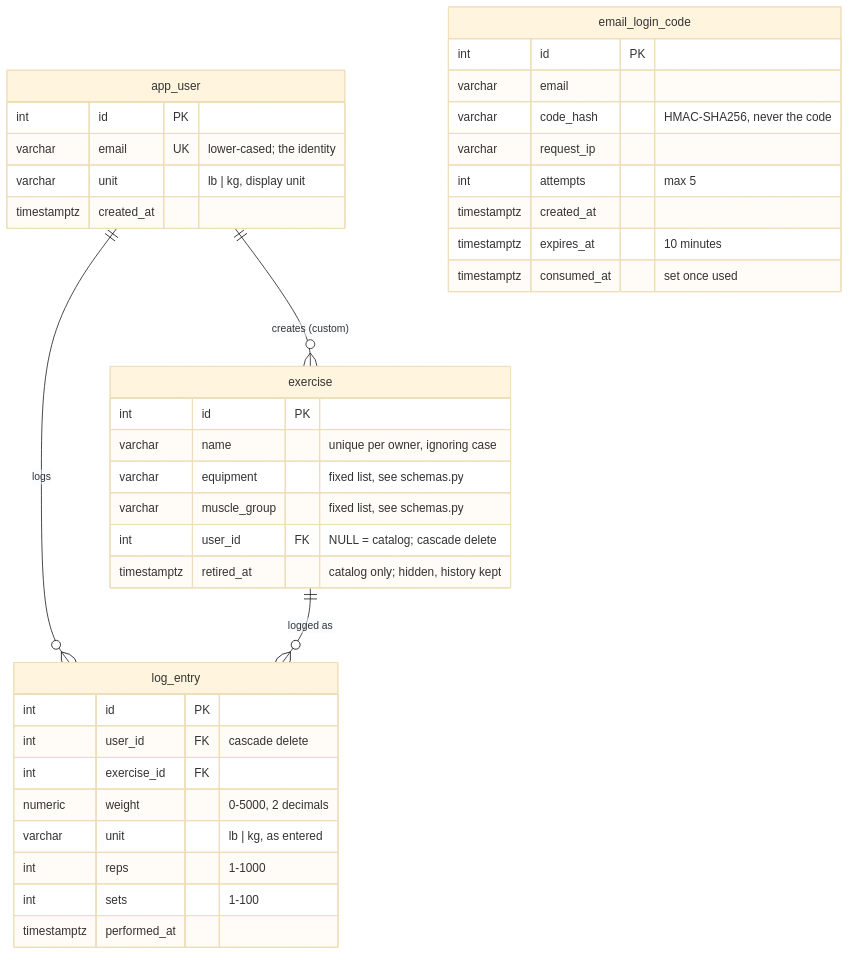
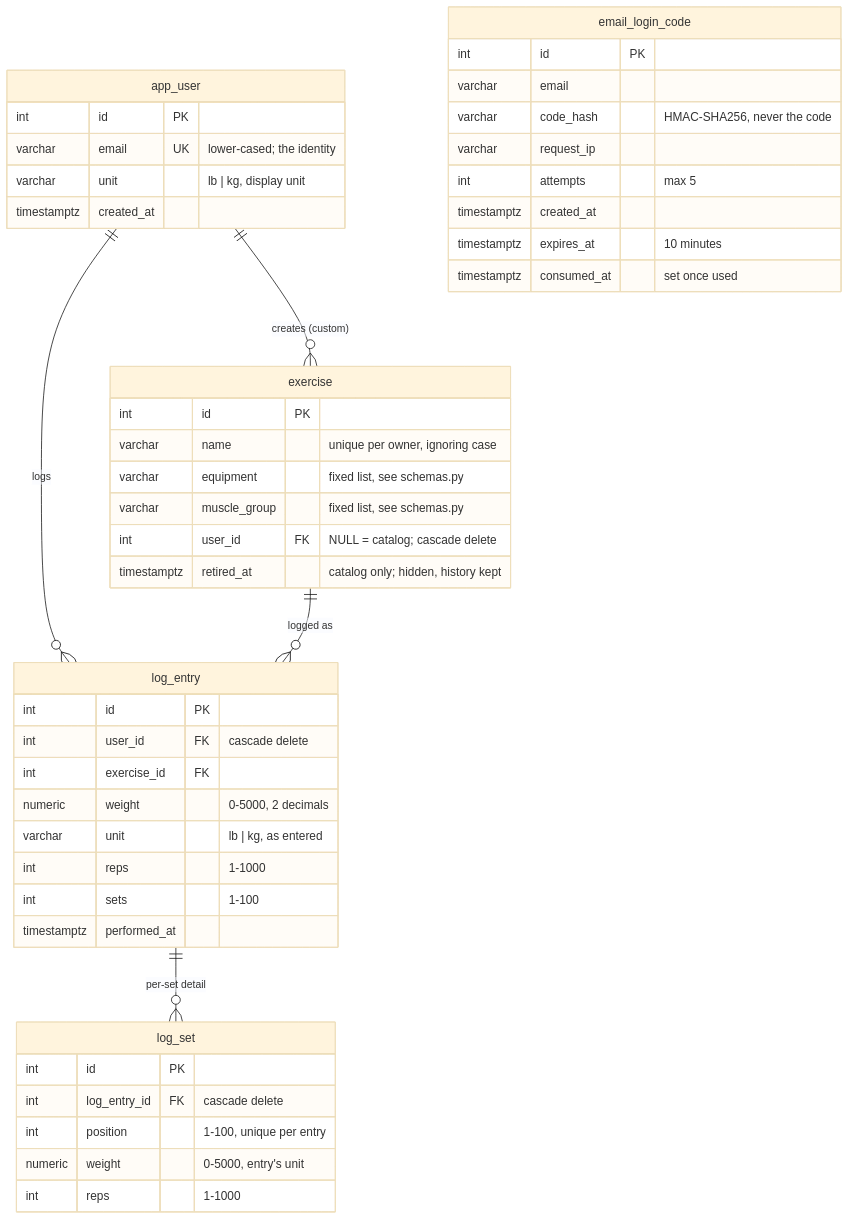
The diagram in docs/DATABASE.md (GrantHolcombe/overloader), drawn with Mermaid (base theme) before and after one commit. The commit also changed other lines of this file and 13 other files, not shown here.

First line of the commit message:
Per-set logging

````diff
--- a/docs/DATABASE.md
+++ b/docs/DATABASE.md
@@ -7,41 +7,49 @@
 ```mermaid
 erDiagram
     app_user ||--o{ log_entry : logs
     app_user ||--o{ exercise : "creates (custom)"
+    log_entry ||--o{ log_set : "per-set detail"
     exercise ||--o{ log_entry : "logged as"
 
     app_user {
         int id PK
         varchar email UK "lower-cased; the identity"
         varchar unit "lb | kg, display unit"
         timestamptz created_at
     }
     email_login_code {
         int id PK
         varchar email
         varchar code_hash "HMAC-SHA256, never the code"
         varchar request_ip
         int attempts "max 5"
         timestamptz created_at
         timestamptz expires_at "10 minutes"
         timestamptz consumed_at "set once used"
     }
     exercise {
         int id PK
         varchar name "unique per owner, ignoring case"
         varchar equipment "fixed list, see schemas.py"
         varchar muscle_group "fixed list, see schemas.py"
         int user_id FK "NULL = catalog; cascade delete"
         timestamptz retired_at "catalog only; hidden, history kept"
     }
     log_entry {
         int id PK
         int user_id FK "cascade delete"
         int exercise_id FK
         numeric weight "0-5000, 2 decimals"
         varchar unit "lb | kg, as entered"
         int reps "1-1000"
         int sets "1-100"
         timestamptz performed_at
     }
+    log_set {
+        int id PK
+        int log_entry_id FK "cascade delete"
+        int position "1-100, unique per entry"
+        numeric weight "0-5000, entry's unit"
+        int reps "1-1000"
+    }
 ```
````
